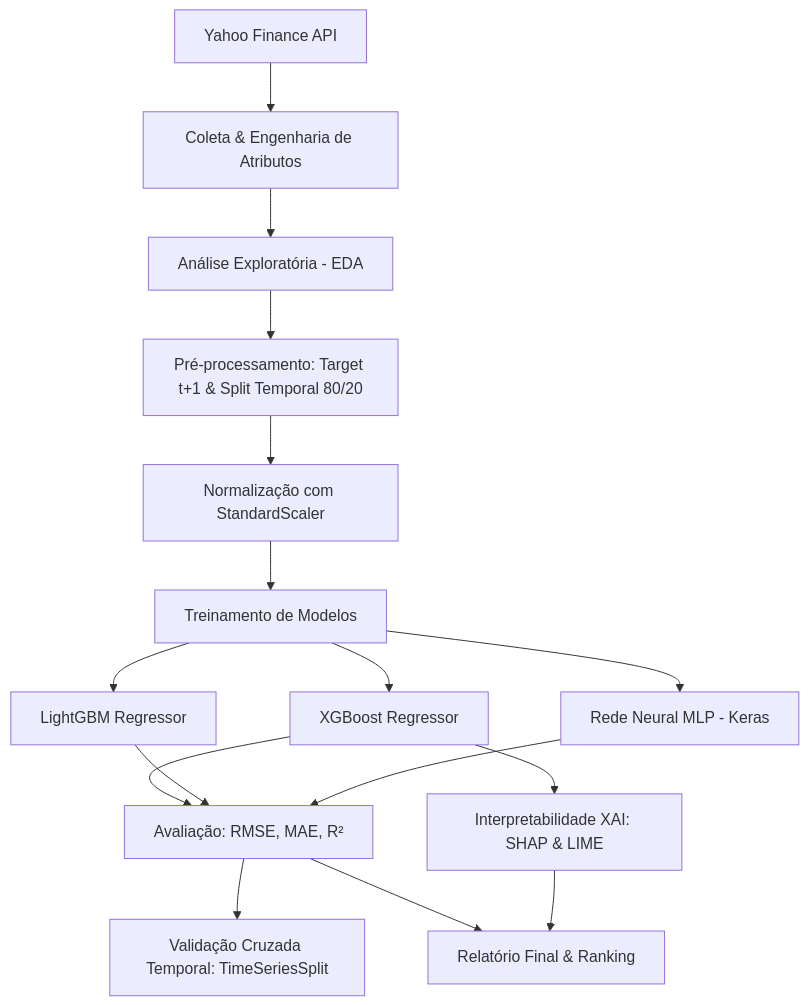
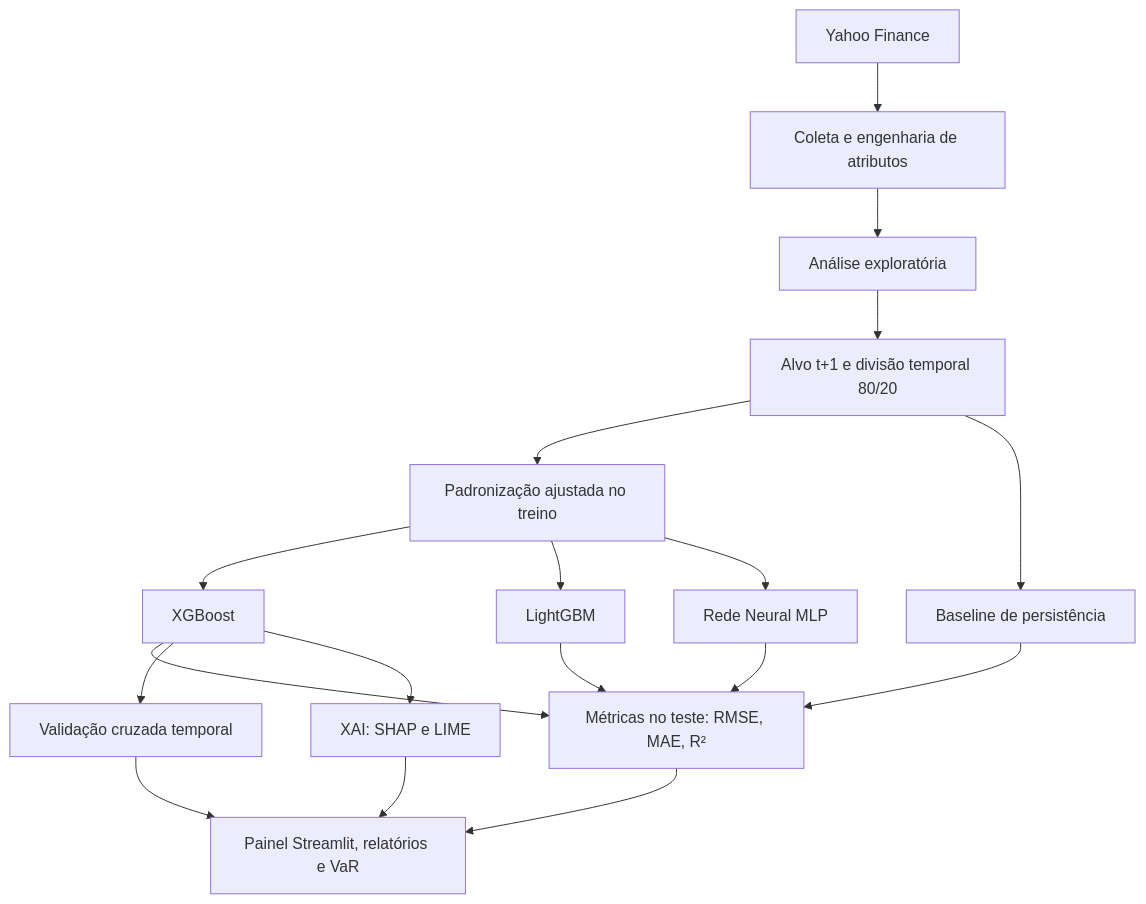
The first of 2 diagrams in README.md (cleristoncramos/Previsao_Financial_Risk), drawn with Mermaid before and after one commit. The commit also changed other lines of this file and 2 other files, not shown here.

First line of the commit message:
docs: reescreve o README e corrige a comparação percentual com o baseline

````diff
--- a/README.md
+++ b/README.md
@@ -68,15 +130,15 @@
 ```mermaid
 flowchart TD
-    A[Yahoo Finance API] --> B[Coleta & Engenharia de Atributos]
-    B --> C[Análise Exploratória - EDA]
-    C --> D[Pré-processamento: Target t+1 & Split Temporal 80/20]
-    D --> E[Normalização com StandardScaler]
-    E --> F[Treinamento de Modelos]
-    F --> F1[XGBoost Regressor]
-    F --> F2[LightGBM Regressor]
-    F --> F3[Rede Neural MLP - Keras]
-    F1 & F2 & F3 --> G[Avaliação: RMSE, MAE, R²]
-    G --> H[Validação Cruzada Temporal: TimeSeriesSplit]
-    F1 --> I[Interpretabilidade XAI: SHAP & LIME]
-    G & I --> J[Relatório Final & Ranking]
+    A[Yahoo Finance] --> B[Coleta e engenharia de atributos]
+    B --> C[Análise exploratória]
+    C --> D[Alvo t+1 e divisão temporal 80/20]
+    D --> E[Padronização ajustada no treino]
+    E --> F1[XGBoost]
+    E --> F2[LightGBM]
+    E --> F3[Rede Neural MLP]
+    D --> F4[Baseline de persistência]
+    F1 & F2 & F3 & F4 --> G[Métricas no teste: RMSE, MAE, R²]
+    F1 --> H[Validação cruzada temporal]
+    F1 --> I[XAI: SHAP e LIME]
+    G & H & I --> J[Painel Streamlit, relatórios e VaR]
 ```
````
